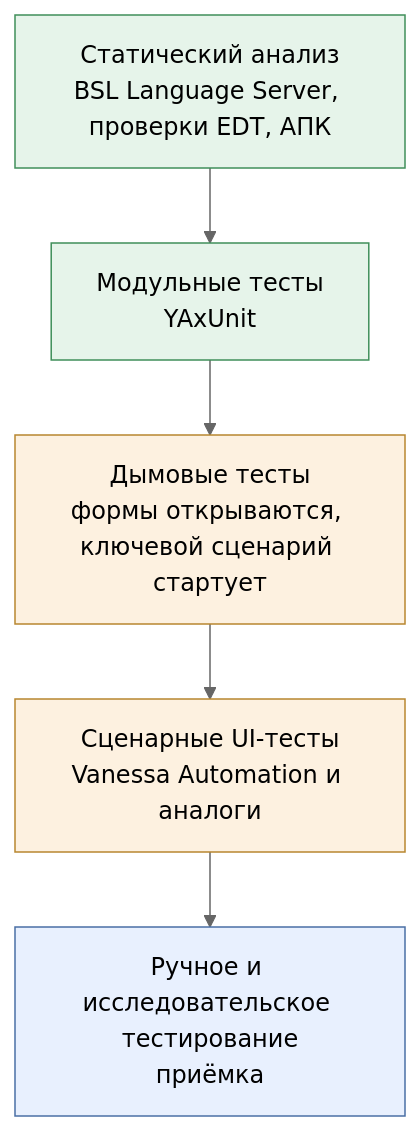
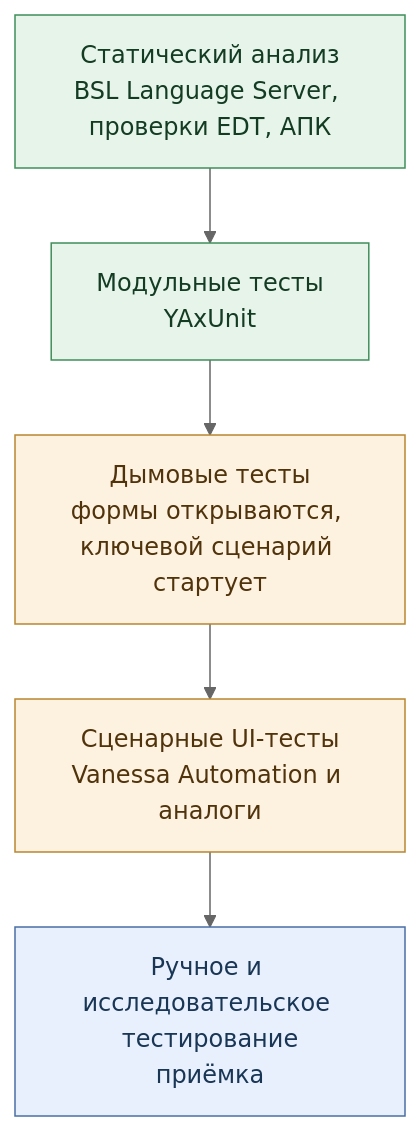
One commit to Kelll31/1C-Roadmap changed the first of 2 diagrams in tracks/qa-automation.md. Above: the diagram before and after it, drawn with Mermaid (neutral theme). The commit also changed 11 other files, not shown here.

Commit message:
feat: add search metadata and expandable Mermaid diagrams

````diff
--- a/tracks/qa-automation.md
+++ b/tracks/qa-automation.md
@@ -67,12 +67,12 @@
 ```mermaid
 flowchart TB
     L1["Статический анализ<br/>BSL Language Server, проверки EDT, АПК"] --> L2["Модульные тесты<br/>YAxUnit"]
     L2 --> L3["Дымовые тесты<br/>формы открываются, ключевой сценарий стартует"]
     L3 --> L4["Сценарные UI-тесты<br/>Vanessa Automation и аналоги"]
     L4 --> L5["Ручное и исследовательское тестирование<br/>приёмка"]
-    style L1 fill:#e6f4ea,stroke:#3f8f5a
-    style L2 fill:#e6f4ea,stroke:#3f8f5a
-    style L3 fill:#fdf1e0,stroke:#b8862f
-    style L4 fill:#fdf1e0,stroke:#b8862f
-    style L5 fill:#e8f0fe,stroke:#4a6fa5
+    style L1 fill:#e6f4ea,stroke:#3f8f5a,color:#143c23
+    style L2 fill:#e6f4ea,stroke:#3f8f5a,color:#143c23
+    style L3 fill:#fdf1e0,stroke:#b8862f,color:#50330b
+    style L4 fill:#fdf1e0,stroke:#b8862f,color:#50330b
+    style L5 fill:#e8f0fe,stroke:#4a6fa5,color:#193655
 ```
````
